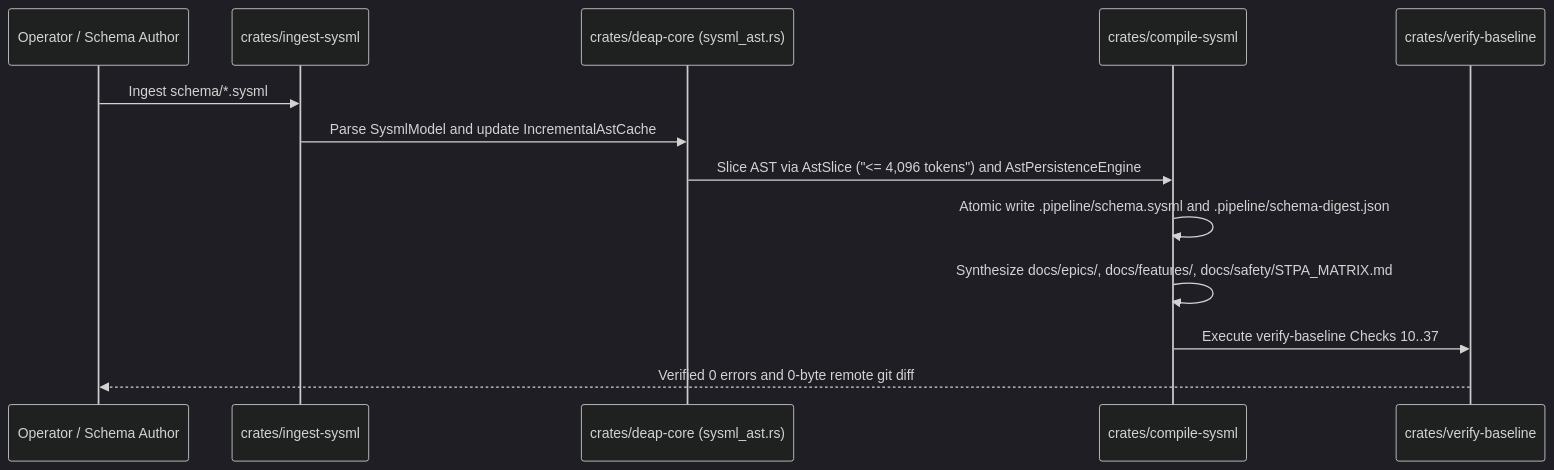
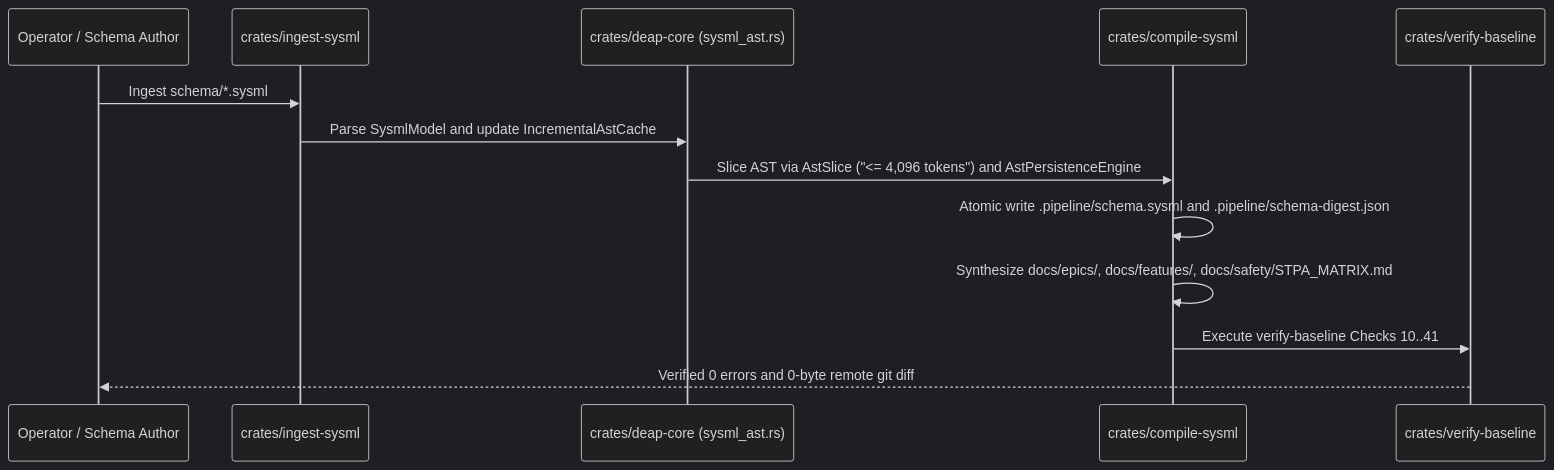
Before and after one commit to gintatkinson/DEAP01-spec-core: the second of 2 diagrams in docs/architecture/blueprints/PERSISTENCE_ARCHITECTURE.md, drawn with Mermaid (dark theme). The commit also changed other lines of this file and 22 other files, not shown here.

````diff
--- a/docs/architecture/blueprints/PERSISTENCE_ARCHITECTURE.md
+++ b/docs/architecture/blueprints/PERSISTENCE_ARCHITECTURE.md
@@ -319,16 +325,16 @@
 ```mermaid
 sequenceDiagram
     participant User as Operator / Schema Author
     participant Ingest as crates/ingest-sysml
     participant Core as crates/deap-core (sysml_ast.rs)
     participant Compile as crates/compile-sysml
     participant Verify as crates/verify-baseline
 
     User->>Ingest: Ingest schema/*.sysml
     Ingest->>Core: Parse SysmlModel and update IncrementalAstCache
     Core->>Compile: Slice AST via AstSlice ("<= 4,096 tokens") and AstPersistenceEngine
     Compile->>Compile: Atomic write .pipeline/schema.sysml and .pipeline/schema-digest.json
     Compile->>Compile: Synthesize docs/epics/, docs/features/, docs/safety/STPA_MATRIX.md
-    Compile->>Verify: Execute verify-baseline Checks 10..37
+    Compile->>Verify: Execute verify-baseline Checks 10..41
     Verify-->>User: Verified 0 errors and 0-byte remote git diff
 ```
````
